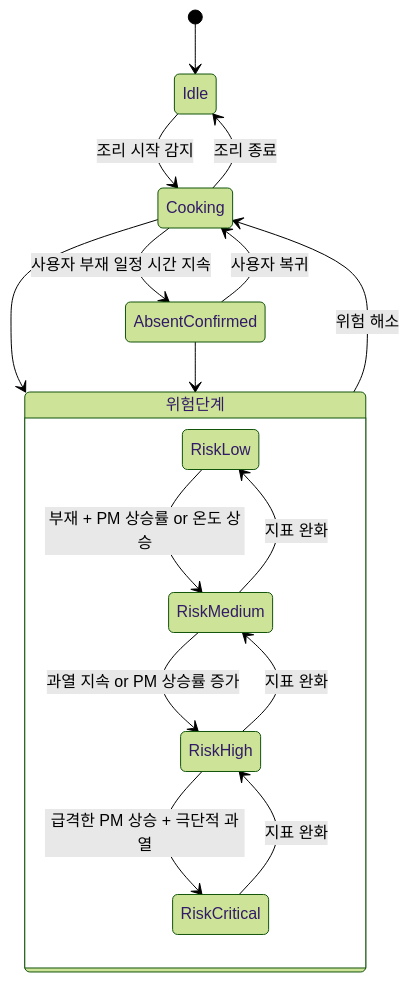
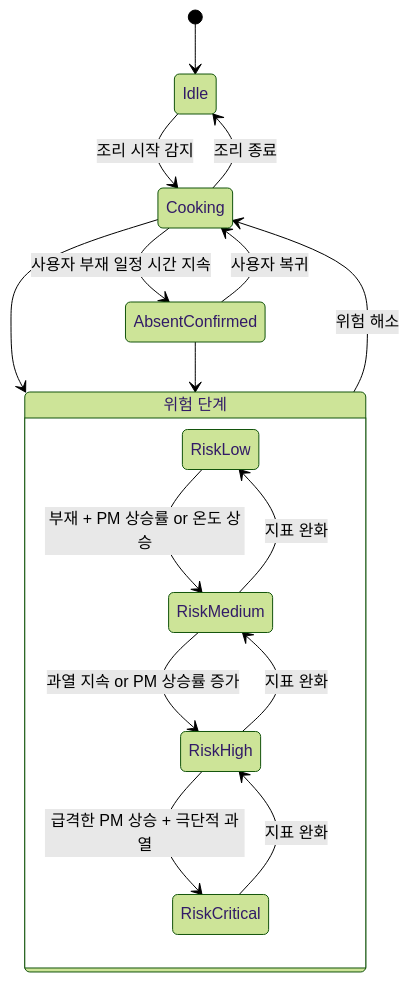
The diagram in docs/risk-state-machine.md (jaebeom/HOOD-SEEK), drawn with Mermaid (forest theme) before and after one commit. The commit also changed 8 other files, not shown here.

First line of the commit message:
구조 셀프 검토 반영: UI·config 신설, models 정책 일원화, mermaid·gitignore 정리

````diff
--- a/docs/risk-state-machine.md
+++ b/docs/risk-state-machine.md
@@ -16,21 +16,21 @@
 ```mermaid
 stateDiagram-v2
     [*] --> Idle
     Idle --> Cooking : 조리 시작 감지
     Cooking --> AbsentConfirmed : 사용자 부재 일정 시간 지속
     AbsentConfirmed --> Cooking : 사용자 복귀
 
-    state 위험단계 {
+    state "위험 단계" as RiskStages {
         RiskLow --> RiskMedium : 부재 + PM 상승률 or 온도 상승
         RiskMedium --> RiskHigh : 과열 지속 or PM 상승률 증가
         RiskHigh --> RiskCritical : 급격한 PM 상승 + 극단적 과열
         RiskCritical --> RiskHigh : 지표 완화
         RiskHigh --> RiskMedium : 지표 완화
         RiskMedium --> RiskLow : 지표 완화
     }
 
-    Cooking --> 위험단계
-    AbsentConfirmed --> 위험단계
-    위험단계 --> Cooking : 위험 해소
+    Cooking --> RiskStages
+    AbsentConfirmed --> RiskStages
+    RiskStages --> Cooking : 위험 해소
     Cooking --> Idle : 조리 종료
 ```
````
